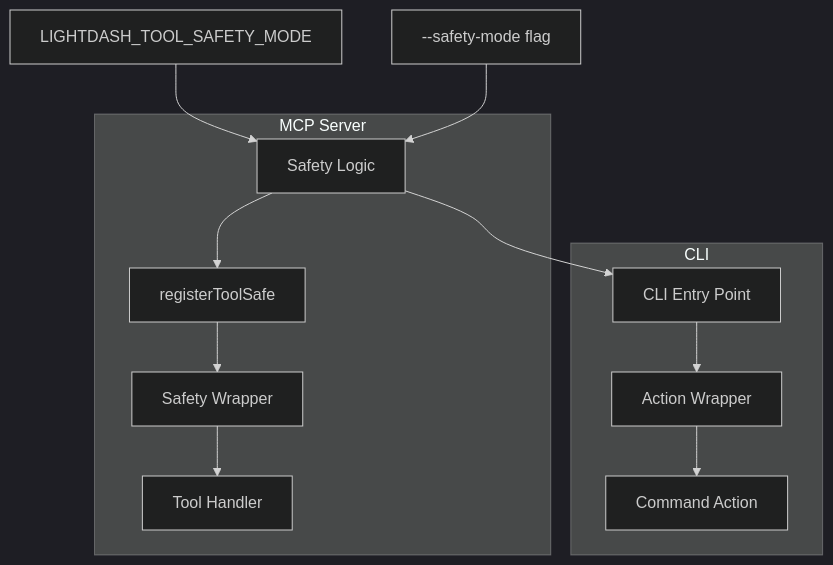
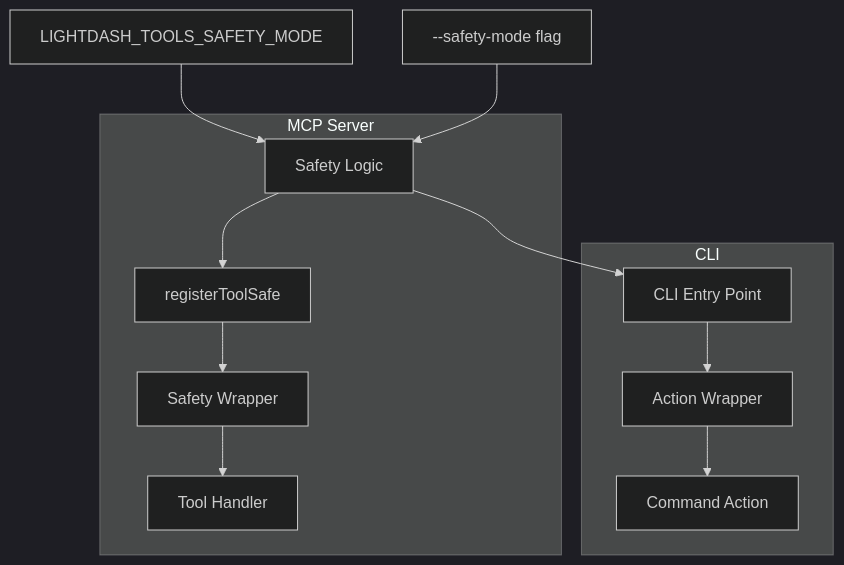
One commit to yu-iskw/lightdash-tools changed the diagram in docs/adr/0029-hierarchical-safety-modes-for-mcp-and-cli.md. Above: the diagram before and after it, drawn with Mermaid (dark theme). The commit also changed other lines of this file and 285 other files, not shown here.

````diff
--- a/docs/adr/0029-hierarchical-safety-modes-for-mcp-and-cli.md
+++ b/docs/adr/0029-hierarchical-safety-modes-for-mcp-and-cli.md
@@ -50,17 +50,17 @@
 ```mermaid
 graph TD
-    Env[LIGHTDASH_TOOL_SAFETY_MODE] --> Core[Safety Logic]
+    Env[LIGHTDASH_TOOLS_SAFETY_MODE] --> Core[Safety Logic]
     Flag[--safety-mode flag] --> Core
 
     subgraph mcp_server [MCP Server]
         Core --> MCP_Reg[registerToolSafe]
         MCP_Reg --> MCP_Wrapper[Safety Wrapper]
         MCP_Wrapper --> ToolHandler[Tool Handler]
     end
 
     subgraph cli [CLI]
         Core --> CLI_Entry[CLI Entry Point]
         CLI_Entry --> CLI_Wrapper[Action Wrapper]
         CLI_Wrapper --> CommandAction[Command Action]
     end
 ```
````
